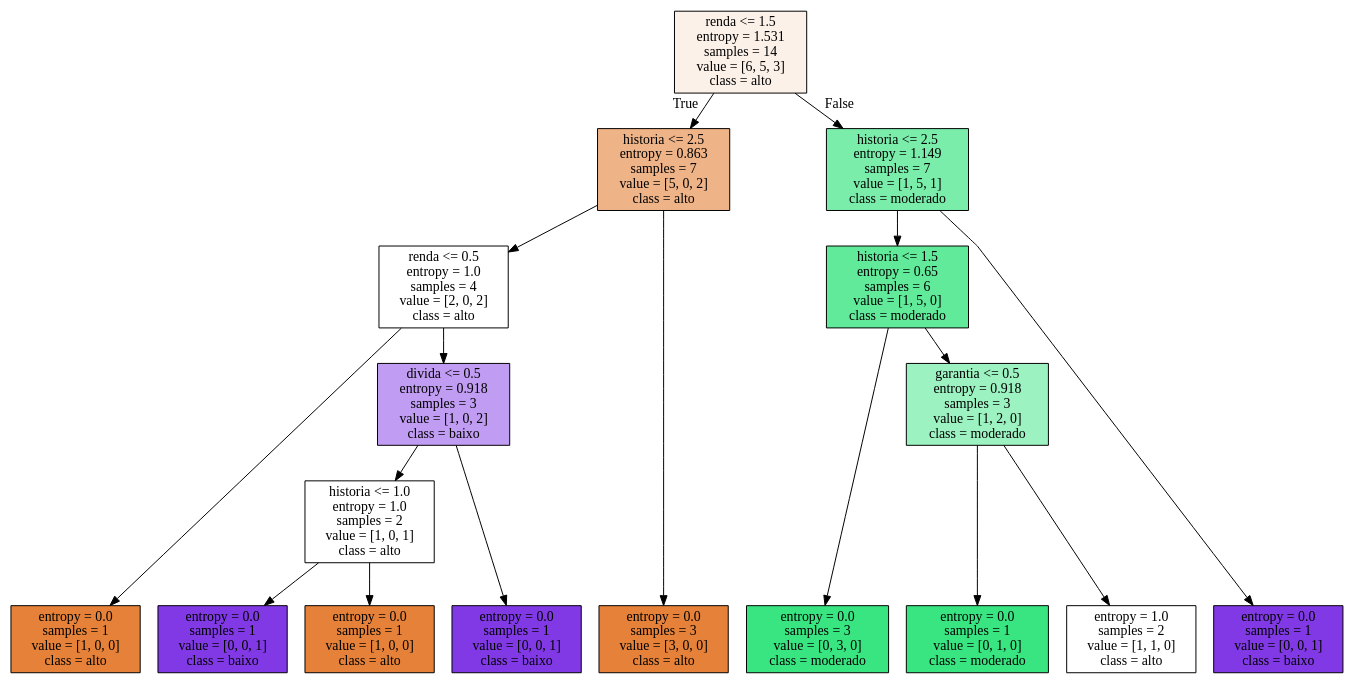
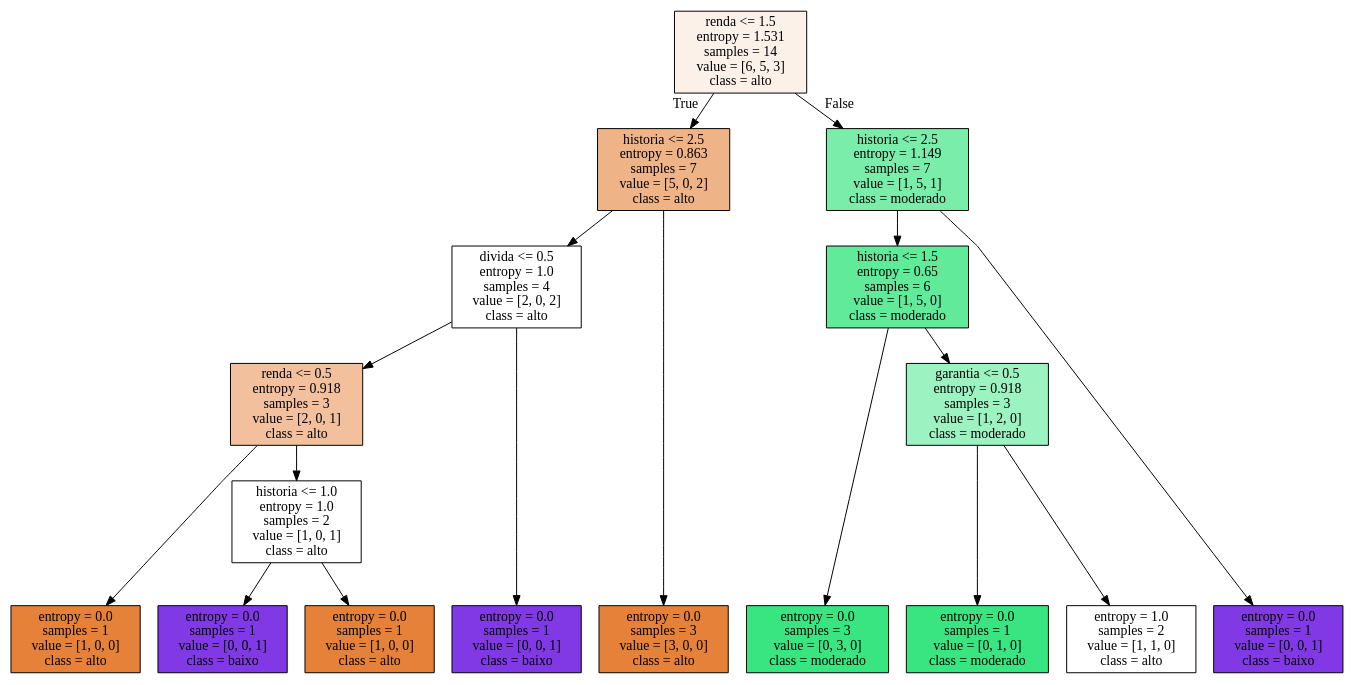
The diagram in Decision_Tree/decision.dot (Oracy/data_science), drawn with Graphviz before and after one commit. The commit also changed 4 other files, not shown here.

```diff
--- a/Decision_Tree/decision.dot
+++ b/Decision_Tree/decision.dot
@@ -1,43 +1,43 @@
 digraph Tree {
 node [shape=box, style="filled", color="black"] ;
 graph [ranksep=equally, splines=polyline] ;
 0 [label="renda <= 1.5\nentropy = 1.531\nsamples = 14\nvalue = [6, 5, 3]\nclass = alto", fillcolor="#e581391c"] ;
 1 [label="historia <= 2.5\nentropy = 0.863\nsamples = 7\nvalue = [5, 0, 2]\nclass = alto", fillcolor="#e5813999"] ;
 0 -> 1 [labeldistance=2.5, labelangle=45, headlabel="True"] ;
-2 [label="renda <= 0.5\nentropy = 1.0\nsamples = 4\nvalue = [2, 0, 2]\nclass = alto", fillcolor="#e5813900"] ;
+2 [label="divida <= 0.5\nentropy = 1.0\nsamples = 4\nvalue = [2, 0, 2]\nclass = alto", fillcolor="#e5813900"] ;
 1 -> 2 ;
-3 [label="entropy = 0.0\nsamples = 1\nvalue = [1, 0, 0]\nclass = alto", fillcolor="#e58139ff"] ;
+3 [label="renda <= 0.5\nentropy = 0.918\nsamples = 3\nvalue = [2, 0, 1]\nclass = alto", fillcolor="#e581397f"] ;
 2 -> 3 ;
-4 [label="divida <= 0.5\nentropy = 0.918\nsamples = 3\nvalue = [1, 0, 2]\nclass = baixo", fillcolor="#8139e57f"] ;
-2 -> 4 ;
+4 [label="entropy = 0.0\nsamples = 1\nvalue = [1, 0, 0]\nclass = alto", fillcolor="#e58139ff"] ;
+3 -> 4 ;
 5 [label="historia <= 1.0\nentropy = 1.0\nsamples = 2\nvalue = [1, 0, 1]\nclass = alto", fillcolor="#e5813900"] ;
-4 -> 5 ;
+3 -> 5 ;
 6 [label="entropy = 0.0\nsamples = 1\nvalue = [0, 0, 1]\nclass = baixo", fillcolor="#8139e5ff"] ;
 5 -> 6 ;
 7 [label="entropy = 0.0\nsamples = 1\nvalue = [1, 0, 0]\nclass = alto", fillcolor="#e58139ff"] ;
 5 -> 7 ;
 8 [label="entropy = 0.0\nsamples = 1\nvalue = [0, 0, 1]\nclass = baixo", fillcolor="#8139e5ff"] ;
-4 -> 8 ;
+2 -> 8 ;
 9 [label="entropy = 0.0\nsamples = 3\nvalue = [3, 0, 0]\nclass = alto", fillcolor="#e58139ff"] ;
 1 -> 9 ;
 10 [label="historia <= 2.5\nentropy = 1.149\nsamples = 7\nvalue = [1, 5, 1]\nclass = moderado", fillcolor="#39e581aa"] ;
 0 -> 10 [labeldistance=2.5, labelangle=-45, headlabel="False"] ;
 11 [label="historia <= 1.5\nentropy = 0.65\nsamples = 6\nvalue = [1, 5, 0]\nclass = moderado", fillcolor="#39e581cc"] ;
 10 -> 11 ;
 12 [label="entropy = 0.0\nsamples = 3\nvalue = [0, 3, 0]\nclass = moderado", fillcolor="#39e581ff"] ;
 11 -> 12 ;
 13 [label="garantia <= 0.5\nentropy = 0.918\nsamples = 3\nvalue = [1, 2, 0]\nclass = moderado", fillcolor="#39e5817f"] ;
 11 -> 13 ;
 14 [label="entropy = 0.0\nsamples = 1\nvalue = [0, 1, 0]\nclass = moderado", fillcolor="#39e581ff"] ;
 13 -> 14 ;
 15 [label="entropy = 1.0\nsamples = 2\nvalue = [1, 1, 0]\nclass = alto", fillcolor="#e5813900"] ;
 13 -> 15 ;
 16 [label="entropy = 0.0\nsamples = 1\nvalue = [0, 0, 1]\nclass = baixo", fillcolor="#8139e5ff"] ;
 10 -> 16 ;
 {rank=same ; 0} ;
 {rank=same ; 1; 10} ;
 {rank=same ; 2; 11} ;
-{rank=same ; 4; 13} ;
+{rank=same ; 3; 13} ;
 {rank=same ; 5} ;
-{rank=same ; 3; 6; 7; 8; 9; 12; 14; 15; 16} ;
+{rank=same ; 4; 6; 7; 8; 9; 12; 14; 15; 16} ;
 }
```
